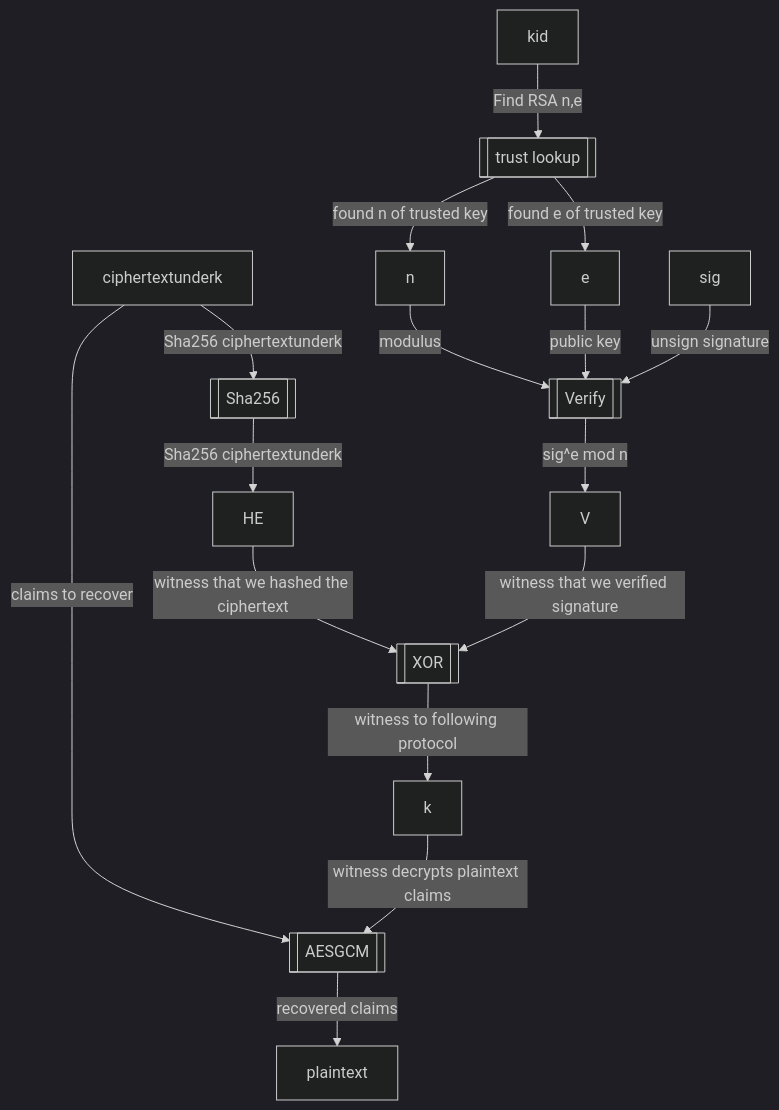
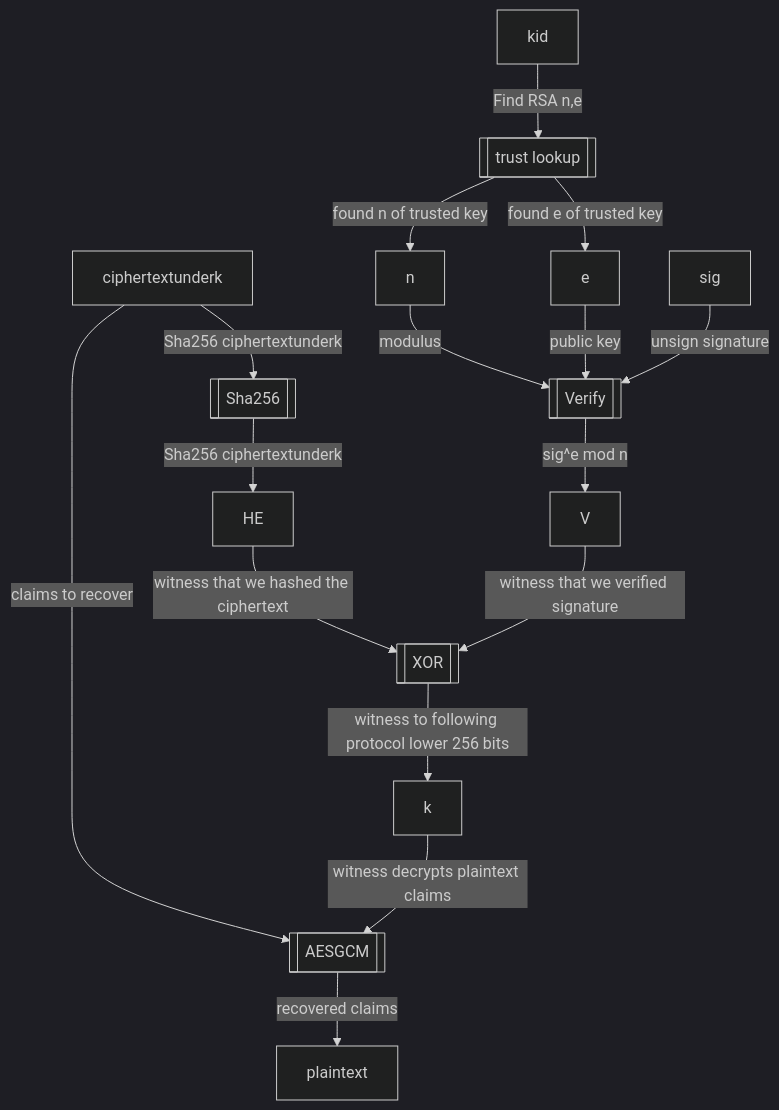
Before and after one commit to rfielding/whiskeyTango: the fourth of 4 diagrams in README.md, drawn with Mermaid (dark theme).

````diff
--- a/README.md
+++ b/README.md
@@ -238,23 +238,23 @@
 ```mermaid
 flowchart TB
   Sha256[[Sha256]]
   ciphertextunderk-- Sha256 ciphertextunderk -->Sha256
   Sha256-- Sha256 ciphertextunderk -->HE
   Verify[[Verify]]
   n-- modulus -->Verify
   e-- public key -->Verify
   sig-- unsign signature -->Verify
   trustlookup[[trust lookup]]
   kid-- Find RSA n,e -->trustlookup
   trustlookup-- found e of trusted key -->e
   trustlookup-- found n of trusted key -->n
   Verify-- sig^e mod n -->V
   XOR[[XOR]]
   V-- witness that we verified signature -->XOR
   HE-- witness that we hashed the ciphertext -->XOR
-  XOR-- witness to following protocol -->k
+  XOR-- witness to following protocol lower 256 bits -->k
   AESGCM[[AESGCM]]
   ciphertextunderk-- claims to recover -->AESGCM  
   k-- witness decrypts plaintext claims -->AESGCM  
   AESGCM-- recovered claims -->plaintext
 ```
````
